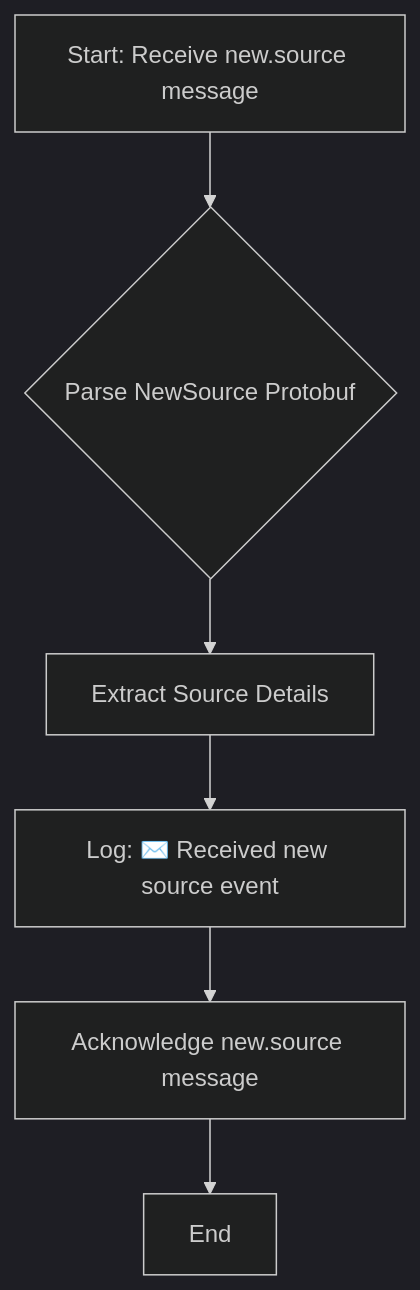
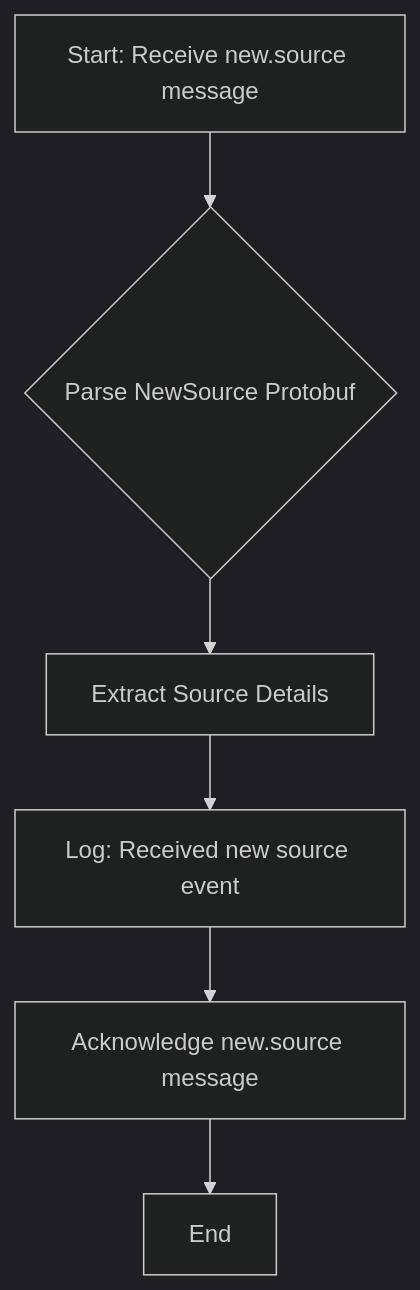
One commit to gsantopaolo/sentinel-AI changed the second of 2 diagrams in docs/scheduler.md. Above: the diagram before and after it, drawn with Mermaid (dark theme). The commit also changed other lines of this file and 8 other files, not shown here.

````diff
--- a/docs/scheduler.md
+++ b/docs/scheduler.md
@@ -67,8 +67,8 @@
 ```mermaid
 flowchart TD
     A["Start: Receive new.source message"] --> B{"Parse NewSource Protobuf"}
     B --> C["Extract Source Details"]
-    C --> D["Log: ✉️ Received new source event"]
+    C --> D["Log: Received new source event"]
     D --> E["Acknowledge new.source message"]
     E --> F["End"]
 ```
````
